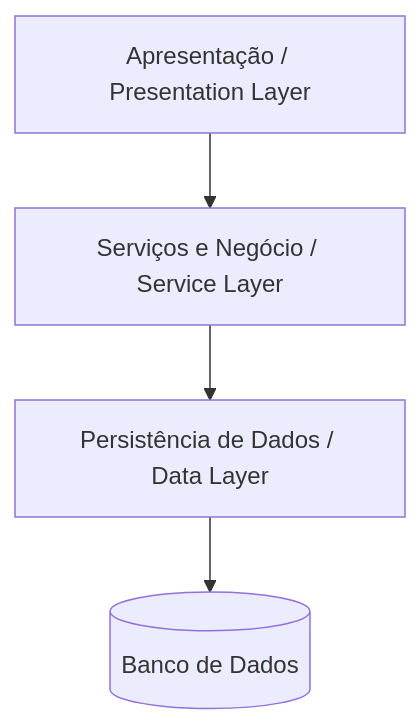
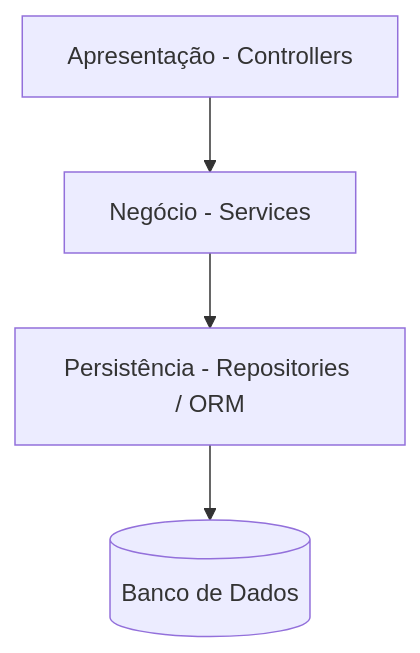
The second of 4 diagrams in Arquiteto de Software/01 Fundamentos em arquitetura de software/05 Estilo arquitetural monolitico.md (MaicomMRampi/software-architecture-handbook), drawn with Mermaid before and after one commit. The commit also changed other lines of this file and 43 other files, not shown here.

````diff
--- a/Arquiteto de Software/01 Fundamentos em arquitetura de software/05 Estilo arquitetural monolitico.md
+++ b/Arquiteto de Software/01 Fundamentos em arquitetura de software/05 Estilo arquitetural monolitico.md
@@ -39,6 +61,6 @@
 ```mermaid
 graph TD
-    UI[Apresentação / Presentation Layer] --> SVC[Serviços e Negócio / Service Layer]
-    SVC --> DAT[Persistência de Dados / Data Layer]
+    UI[Apresentação - Controllers] --> SVC[Negócio - Services]
+    SVC --> DAT[Persistência - Repositories / ORM]
     DAT --> DB[(Banco de Dados)]
 ```
````
